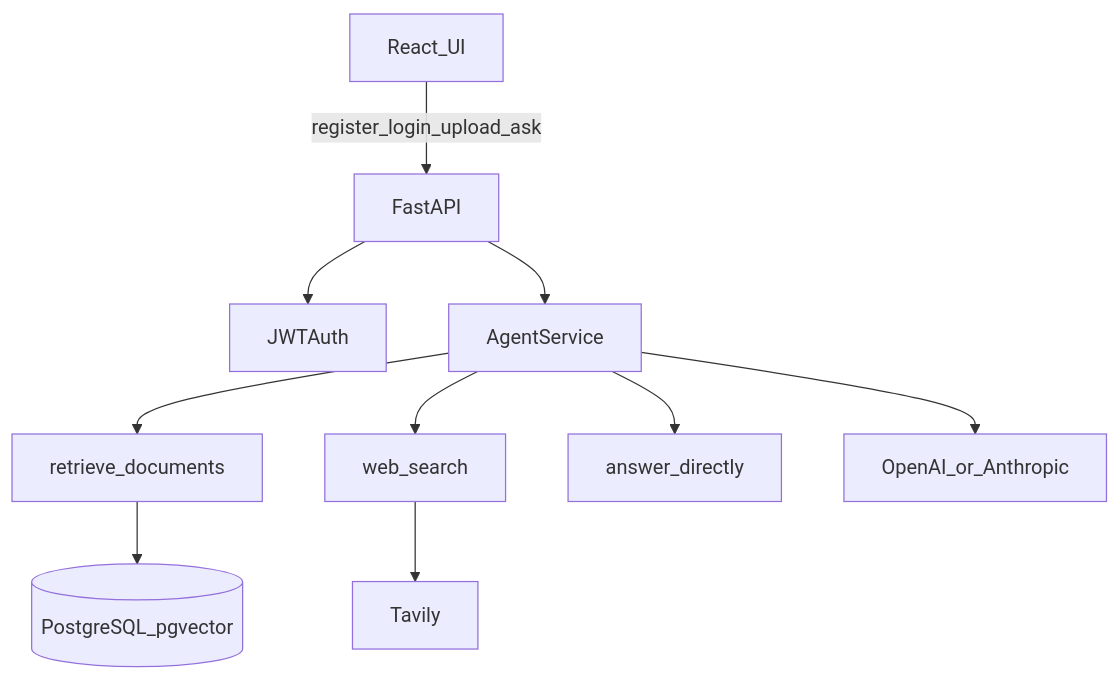
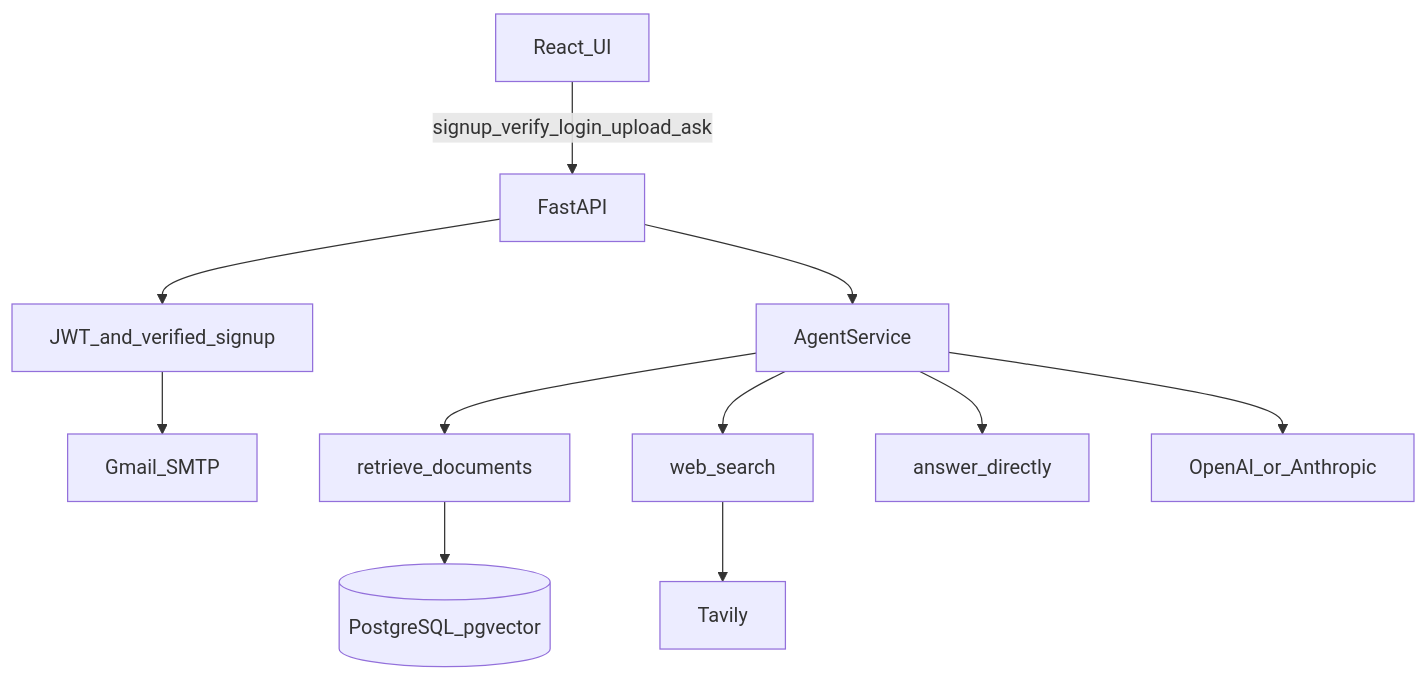
One commit to mercuriorenau/Agentic-RAG-API changed the diagram in README.md. Above: the diagram before and after it, drawn with Mermaid. The commit also changed other lines of this file and 23 other files, not shown here.

````diff
--- a/README.md
+++ b/README.md
@@ -11,23 +11,25 @@
 ```mermaid
 flowchart TB
   UI[React_UI]
   API[FastAPI]
-  Auth[JWTAuth]
+  Auth[JWT_and_verified_signup]
+  Email[Gmail_SMTP]
   Agent[AgentService]
   Retrieve[retrieve_documents]
   Web[web_search]
   Direct[answer_directly]
   PG[(PostgreSQL_pgvector)]
   LLM[OpenAI_or_Anthropic]
   Tavily[Tavily]
 
-  UI -->|register_login_upload_ask| API
+  UI -->|signup_verify_login_upload_ask| API
   API --> Auth
+  Auth --> Email
   API --> Agent
   Agent --> LLM
   Agent --> Retrieve
   Agent --> Web
   Agent --> Direct
   Retrieve --> PG
   Web --> Tavily
 ```
````
